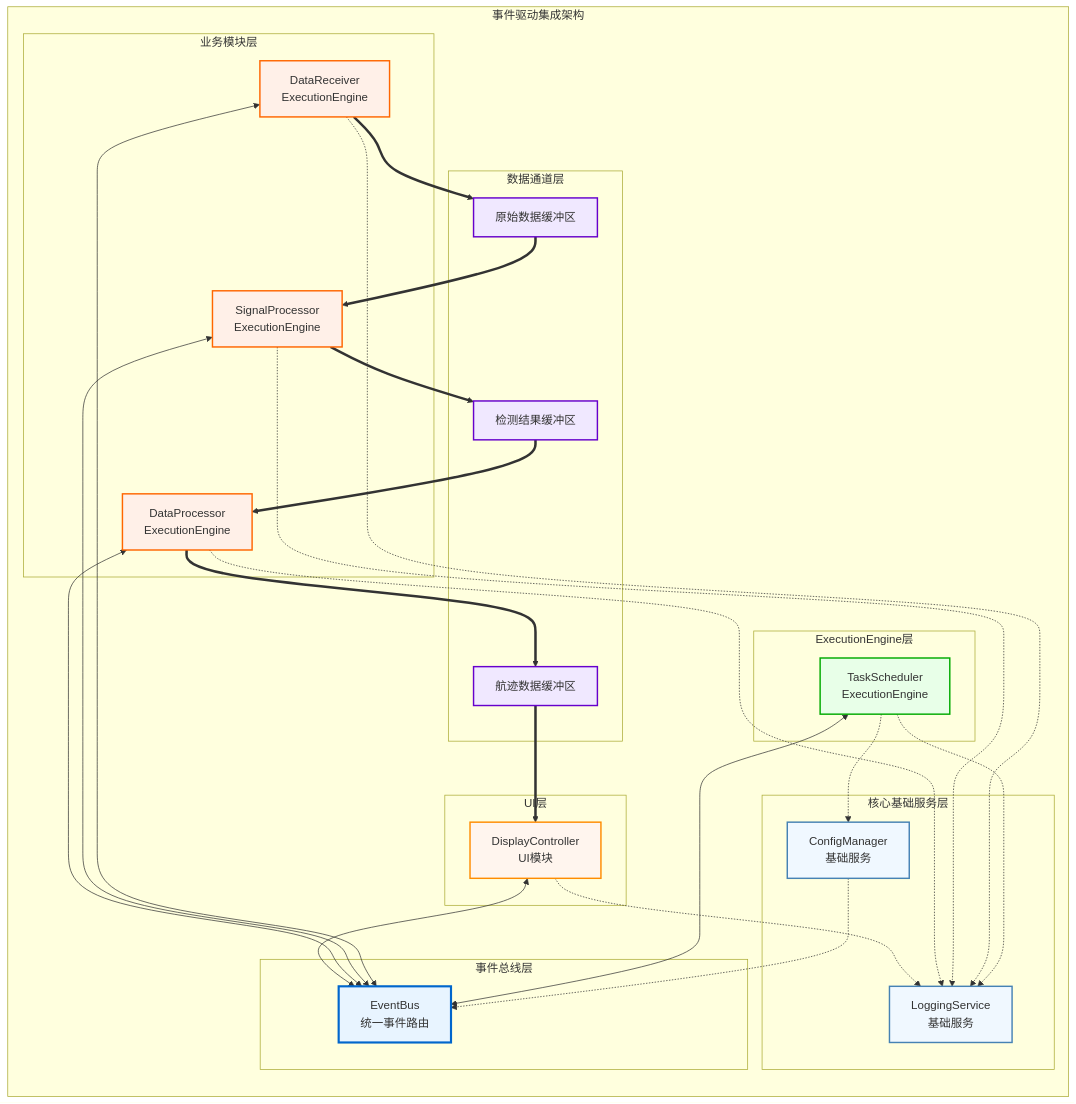
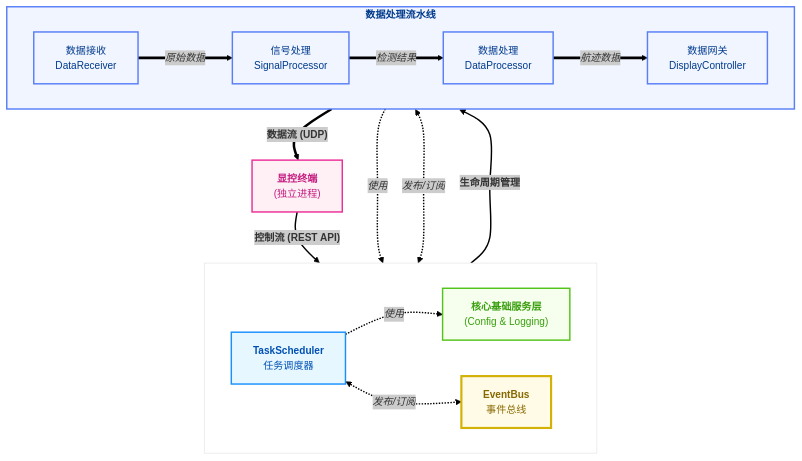
One commit to wendizhou99-cell/Radar changed the second of 22 diagrams in docs/01_项目设计/02_模块设计/99_模块集成策略.md. Above: the diagram before and after it, drawn with Mermaid. The commit also changed other lines of this file and 14 other files, not shown here.

````diff
--- a/docs/01_项目设计/02_模块设计/99_模块集成策略.md
+++ b/docs/01_项目设计/02_模块设计/99_模块集成策略.md
@@ -108,75 +180,43 @@
 ```mermaid
+---
+config:
+  theme: neo
+  flowchart:
+    curve: natural
+---
 flowchart TB
-    subgraph "事件驱动集成架构"
-        direction TB
-
-        subgraph "事件总线层"
-            EVENTBUS[EventBus<br/>统一事件路由]
-        end
-
-        subgraph "核心基础服务层"
-            CONFIG_SERVICE[ConfigManager<br/>基础服务]
-            LOG_SERVICE[LoggingService<br/>基础服务]
-        end
-
-        subgraph "ExecutionEngine层"
-            TASK_ENGINE[TaskScheduler<br/>ExecutionEngine]
-        end
-
-        subgraph "业务模块层"
-            DATA_RECV[DataReceiver<br/>ExecutionEngine]
-            SIGNAL_PROC[SignalProcessor<br/>ExecutionEngine]
-            DATA_PROC[DataProcessor<br/>ExecutionEngine]
-        end
-
-        subgraph "UI层"
-            DISPLAY[DisplayController<br/>UI模块]
-        end
-
-        subgraph "数据通道层"
-            BUFFER1[原始数据缓冲区]
-            BUFFER2[检测结果缓冲区]
-            BUFFER3[航迹数据缓冲区]
-        end
+    subgraph " "
+      direction LR
+      TASK_ENGINE["<b>TaskScheduler</b><br/>任务调度器"]
+      CORE_SERVICES["<b>核心基础服务层</b><br/>(Config & Logging)"]
+      EVENTBUS["<b>EventBus</b><br/>事件总线"]
     end
-
-    %% 事件流（双向）- 只有真正的ExecutionEngine模块参与事件总线
-    TASK_ENGINE <--> EVENTBUS
-    DATA_RECV <--> EVENTBUS
-    SIGNAL_PROC <--> EVENTBUS
-    DATA_PROC <--> EVENTBUS
-    DISPLAY <--> EVENTBUS
-
-    %% 服务依赖关系（注入方式）
-    TASK_ENGINE -.-> CONFIG_SERVICE
-    TASK_ENGINE -.-> LOG_SERVICE
-    DATA_RECV -.-> LOG_SERVICE
-    SIGNAL_PROC -.-> LOG_SERVICE
-    DATA_PROC -.-> LOG_SERVICE
-    DISPLAY -.-> LOG_SERVICE
-
-    %% 配置事件发布（ConfigManager通过EventBus发布配置变更）
-    CONFIG_SERVICE -.-> EVENTBUS
-
-    %% 数据流（单向）
-    DATA_RECV ==> BUFFER1
-    BUFFER1 ==> SIGNAL_PROC
-    SIGNAL_PROC ==> BUFFER2
-    BUFFER2 ==> DATA_PROC
-    DATA_PROC ==> BUFFER3
-    BUFFER3 ==> DISPLAY
-
-    classDef eventbus fill:#e8f4ff,stroke:#0066cc,stroke-width:3px
-    classDef service fill:#f0f8ff,stroke:#4682b4,stroke-width:2px
-    classDef engine fill:#e8ffe8,stroke:#00aa00,stroke-width:2px
-    classDef business fill:#fff0e8,stroke:#ff6600,stroke-width:2px
-    classDef ui_module fill:#fff5ee,stroke:#ff8c00,stroke-width:2px
-    classDef buffer fill:#f0e8ff,stroke:#6600cc,stroke-width:2px
-
+    subgraph Pipeline["<b>数据处理流水线</b>"]
+        direction LR
+        DATA_RECV["数据接收<br/>DataReceiver"]
+        SIGNAL_PROC["信号处理<br/>SignalProcessor"]
+        DATA_PROC["数据处理<br/>DataProcessor"]
+        GW["数据网关<br/>DisplayController"]
+    end
+    CLIENT["<b>显控终端</b><br/>(独立进程)"]
+    DATA_RECV == "<i>原始数据</i>" ==> SIGNAL_PROC
+    SIGNAL_PROC == "<i>检测结果</i>" ==> DATA_PROC
+    DATA_PROC == "<i>航迹数据</i>" ==> GW
+    GW == "<b>数据流 (UDP)</b>" ==> CLIENT
+    TASK_ENGINE -- "<b>生命周期管理</b>" --> Pipeline
+    CLIENT -- "<b>控制流 (REST API)</b>" --> TASK_ENGINE
+    Pipeline -.-> |"<i>使用</i>"| CORE_SERVICES
+    TASK_ENGINE -.-> |"<i>使用</i>"| CORE_SERVICES
+    Pipeline <.-> |"<i>发布/订阅</i>"| EVENTBUS
+    TASK_ENGINE <.-> |"<i>发布/订阅</i>"| EVENTBUS
+    classDef scheduler fill:#e6f7ff,stroke:#1890ff,stroke-width:2px,color:#0050b3
+    classDef services fill:#f6ffed,stroke:#52c41a,stroke-width:2px,color:#389e0d
+    classDef eventbus fill:#fffbe6,stroke:#d4b106,stroke-width:3px,color:#876800
+    classDef pipeline fill:#f0f5ff,stroke:#597ef7,stroke-width:2px,color:#003a8c
+    classDef client fill:#fff0f6,stroke:#eb2f96,stroke-width:2px,color:#c41d7f
+    class TASK_ENGINE scheduler
+    class CORE_SERVICES services
     class EVENTBUS eventbus
-    class CONFIG_SERVICE,LOG_SERVICE service
-    class TASK_ENGINE engine
-    class DATA_RECV,SIGNAL_PROC,DATA_PROC business
-    class DISPLAY ui_module
-    class BUFFER1,BUFFER2,BUFFER3 buffer
+    class Pipeline,DATA_RECV,SIGNAL_PROC,DATA_PROC,GW pipeline
+    class CLIENT client
 ```
````
